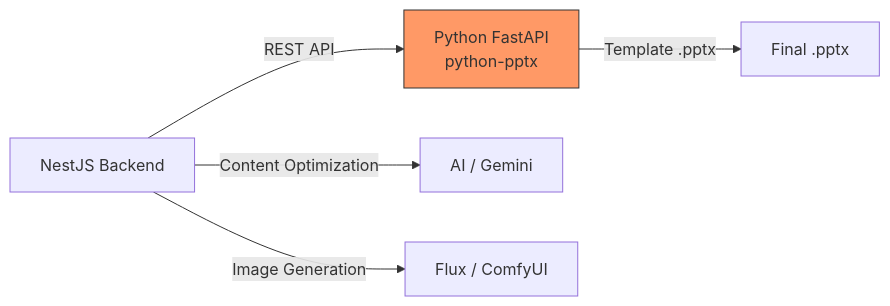
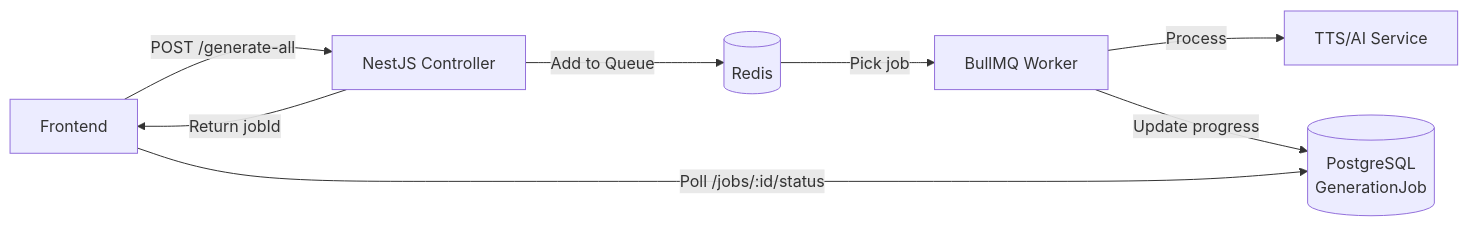
The first of 3 diagrams in docs/brainstorm_pptx_improvements.md (xuanhoatrieu/ai-teaching-assistant), drawn with Mermaid before and after one commit. The commit also changed other lines of this file and 35 other files, not shown here.

````diff
--- a/docs/brainstorm_pptx_improvements.md
+++ b/docs/brainstorm_pptx_improvements.md
@@ -11,8 +83,10 @@
 ```mermaid
 graph LR
-    A[NestJS Backend] -->|REST API| B[Python FastAPI<br/>python-pptx]
-    A -->|Content Optimization| C[AI / Gemini]
-    A -->|Image Generation| D[Flux / ComfyUI]
-    B -->|Template .pptx| E[Final .pptx]
-    style B fill:#f96,stroke:#333
+    FE[Frontend] -->|POST /generate-all| API[NestJS Controller]
+    API -->|Add to Queue| Redis[(Redis)]
+    API -->|Return jobId| FE
+    Redis -->|Pick job| Worker[BullMQ Worker]
+    Worker -->|Process| TTS[TTS/AI Service]
+    Worker -->|Update progress| DB[(PostgreSQL<br/>GenerationJob)]
+    FE -->|Poll /jobs/:id/status| DB
 ```
````
